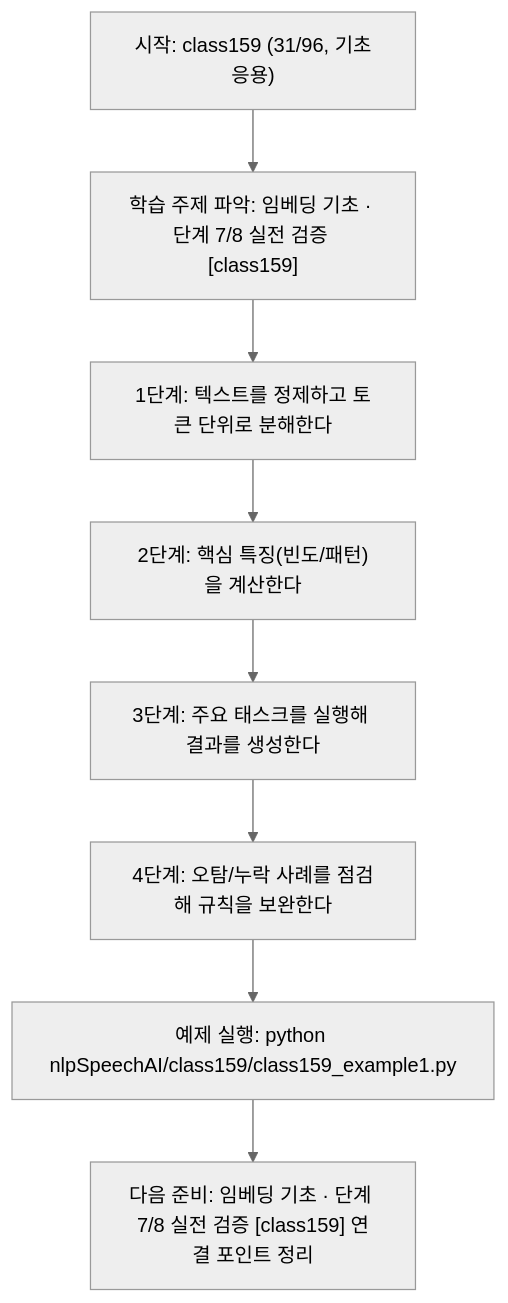
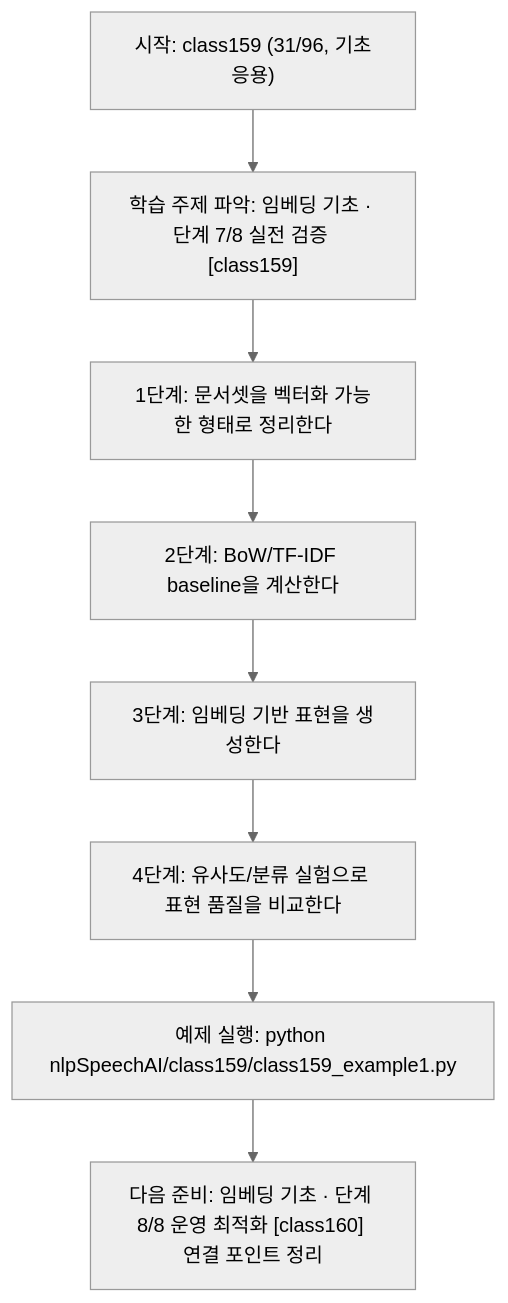
The diagram in nlpSpeechAI/class159/class159.md (edumgt/Python-AI_Agent-Class), drawn with Mermaid (neutral theme) before and after one commit. The commit also changed other lines of this file and 1122 other files, not shown here.

````diff
--- a/nlpSpeechAI/class159/class159.md
+++ b/nlpSpeechAI/class159/class159.md
@@ -113,18 +95,18 @@
 ```mermaid
 flowchart TD
 N1["시작: class159 (31/96, 기초응용)"]
 N2["학습 주제 파악: 임베딩 기초 · 단계 7/8 실전 검증 [class159]"]
-N3["1단계: 텍스트를 정제하고 토큰 단위로 분해한다"]
-N4["2단계: 핵심 특징(빈도/패턴)을 계산한다"]
-N5["3단계: 주요 태스크를 실행해 결과를 생성한다"]
-N6["4단계: 오탐/누락 사례를 점검해 규칙을 보완한다"]
+N3["1단계: 문서셋을 벡터화 가능한 형태로 정리한다"]
+N4["2단계: BoW/TF-IDF baseline을 계산한다"]
+N5["3단계: 임베딩 기반 표현을 생성한다"]
+N6["4단계: 유사도/분류 실험으로 표현 품질을 비교한다"]
 N7["예제 실행: python nlpSpeechAI/class159/class159_example1.py"]
-N8["다음 준비: 임베딩 기초 · 단계 7/8 실전 검증 [class159] 연결 포인트 정리"]
+N8["다음 준비: 임베딩 기초 · 단계 8/8 운영 최적화 [class160] 연결 포인트 정리"]
 N1 --> N2
 N2 --> N3
 N3 --> N4
 N4 --> N5
 N5 --> N6
 N6 --> N7
 N7 --> N8
 ```
````
